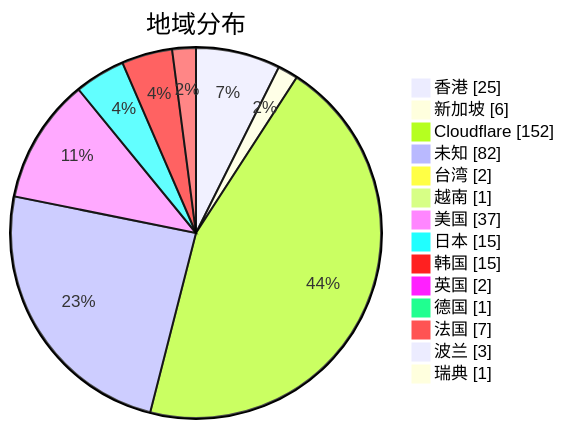
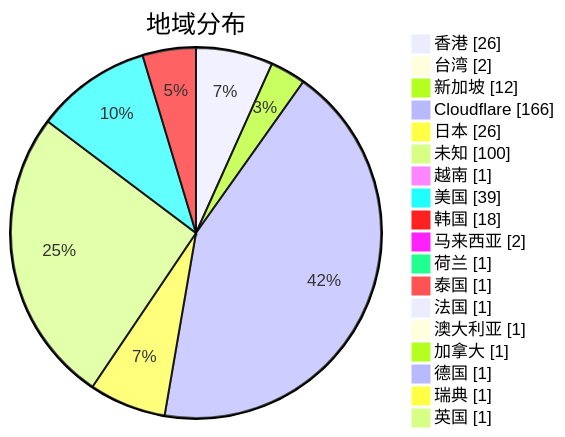
The second of 3 diagrams in subs/statistics/tested_within.md (qjlxg/airport), drawn with Mermaid before and after one commit. The commit also changed other lines of this file and 2 other files, not shown here.

Commit message:
Tested by metaST

````diff
--- a/subs/statistics/tested_within.md
+++ b/subs/statistics/tested_within.md
@@ -13,18 +13,22 @@
 ```mermaid
 pie showData
 title 地域分布
-"香港" : 25
-"新加坡" : 6
-"Cloudflare" : 152
-"未知" : 82
+"香港" : 26
 "台湾" : 2
+"新加坡" : 12
+"Cloudflare" : 166
+"日本" : 26
+"未知" : 100
 "越南" : 1
-"美国" : 37
-"日本" : 15
-"韩国" : 15
-"英国" : 2
+"美国" : 39
+"韩国" : 18
+"马来西亚" : 2
+"荷兰" : 1
+"泰国" : 1
+"法国" : 1
+"澳大利亚" : 1
+"加拿大" : 1
 "德国" : 1
-"法国" : 7
-"波兰" : 3
 "瑞典" : 1
+"英国" : 1
 ```
````
